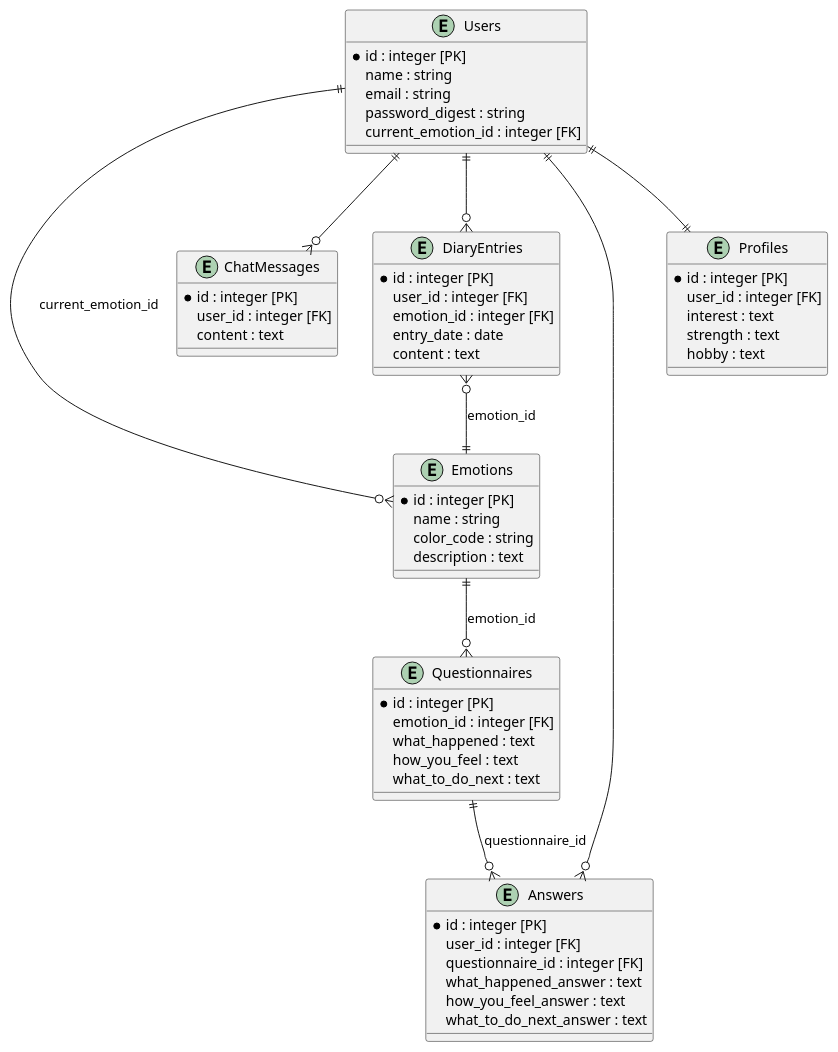
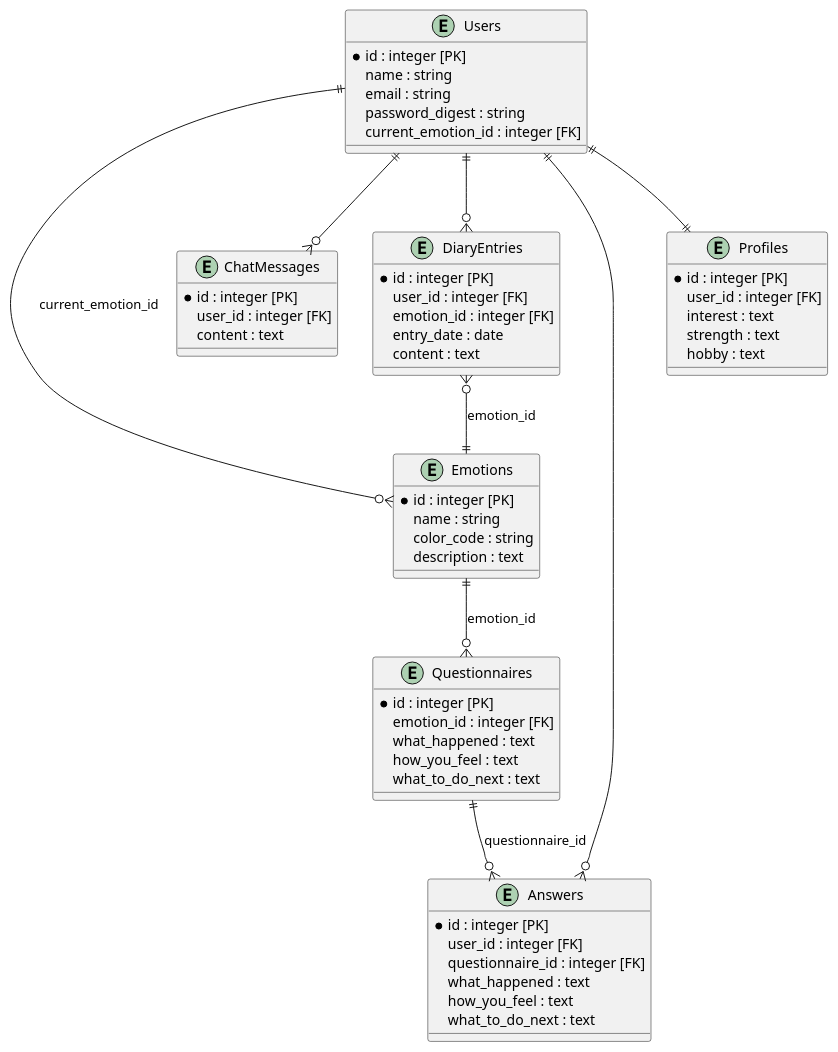
One commit to MarikoInada/portfolio changed the diagram in PlantUML/er_diagram.pu. Above: the diagram before and after it, drawn with PlantUML. The commit also changed 1 other file, not shown here.

Commit message:
er diagram3

```diff
--- a/PlantUML/er_diagram.pu
+++ b/PlantUML/er_diagram.pu
@@ -1,67 +1,67 @@
 @startuml erdiagram
 
 entity "Users" as users {
   *id : integer [PK]
   name : string
   email : string
   password_digest : string
   current_emotion_id : integer [FK]
 }
 
 entity "Emotions" as emotions {
   *id : integer [PK]
   name : string
   color_code : string
   description : text
 }
 
 entity "ChatMessages" as chat_messages {
   *id : integer [PK]
   user_id : integer [FK]
   content : text
 }
 
 entity "Questionnaires" as questionnaires {
   *id : integer [PK]
   emotion_id : integer [FK]
   what_happened : text
   how_you_feel : text
   what_to_do_next : text
 }
 
 entity "Answers" as answers {
   *id : integer [PK]
   user_id : integer [FK]
   questionnaire_id : integer [FK]
-  what_happened_answer : text
-  how_you_feel_answer : text
-  what_to_do_next_answer : text
+  what_happened : text
+  how_you_feel : text
+  what_to_do_next : text
 }
 
 entity "DiaryEntries" as diary_entries {
   *id : integer [PK]
   user_id : integer [FK]
   emotion_id : integer [FK]
   entry_date : date
   content : text
 }
 
 entity "Profiles" as profiles {
   *id : integer [PK]
   user_id : integer [FK]
   interest : text
   strength : text
   hobby : text
 }
 
 users ||--o{ emotions : "current_emotion_id"
 users ||--o{ chat_messages : ""
 users ||--o{ answers : ""
 users ||--o{ diary_entries : ""
 users ||--|| profiles : ""
 
 emotions ||--o{ questionnaires : "emotion_id"
 questionnaires ||--o{ answers : "questionnaire_id"
 diary_entries }o--|| emotions : "emotion_id"
 
 @enduml
```
